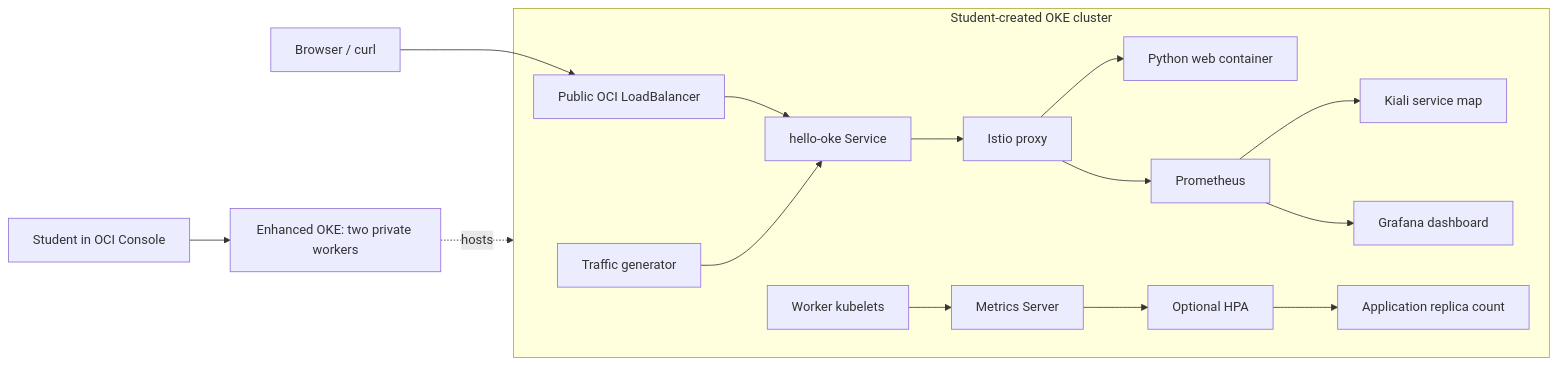
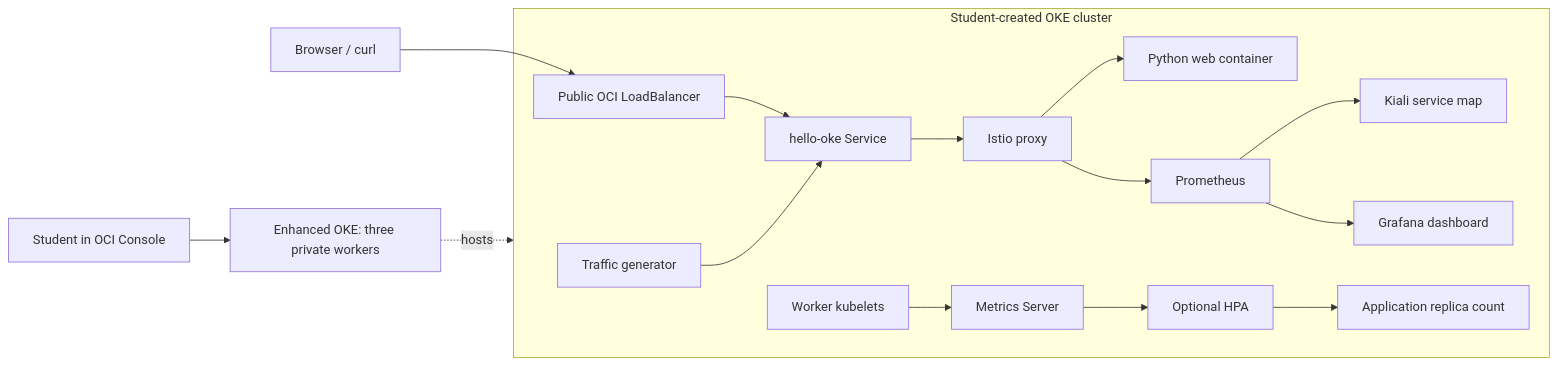
The diagram in README.md (chiphwang1/oke-console-bootcamp), drawn with Mermaid before and after one commit. The commit also changed other lines of this file and 10 other files, not shown here.

Commit message:
feat(lab): require three OKE worker nodes

````diff
--- a/README.md
+++ b/README.md
@@ -33,18 +33,18 @@
 ```mermaid
 flowchart LR
-  learner[Student in OCI Console] --> cluster[Enhanced OKE: two private workers]
+  learner[Student in OCI Console] --> cluster[Enhanced OKE: three private workers]
   browser[Browser / curl] --> lb[Public OCI LoadBalancer]
   subgraph OKE[Student-created OKE cluster]
     lb --> service[hello-oke Service]
     traffic[Traffic generator] --> service
     service --> proxy[Istio proxy]
     proxy --> app[Python web container]
     proxy --> prom[Prometheus]
     prom --> kiali[Kiali service map]
     prom --> grafana[Grafana dashboard]
     kubelets[Worker kubelets] --> metrics[Metrics Server]
     metrics --> hpa[Optional HPA]
     hpa --> replicas[Application replica count]
   end
   cluster -. hosts .-> OKE
 ```
````
